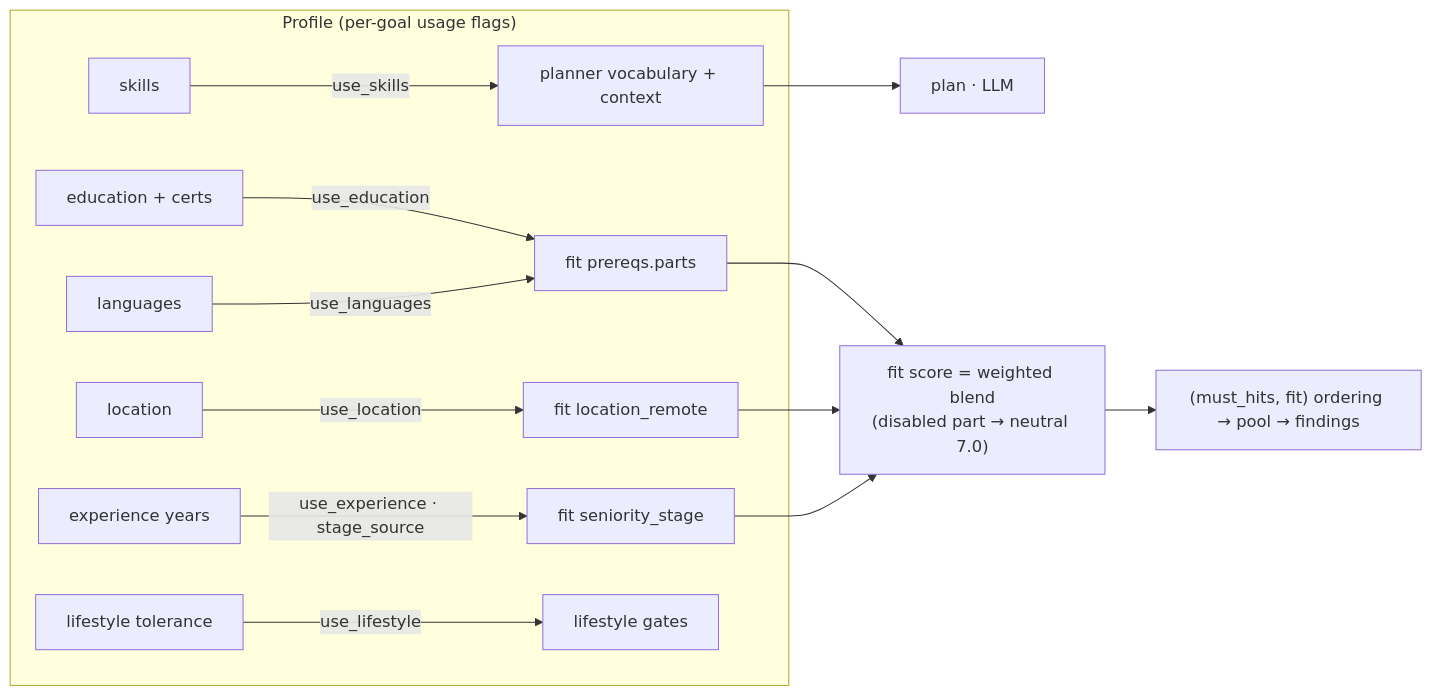
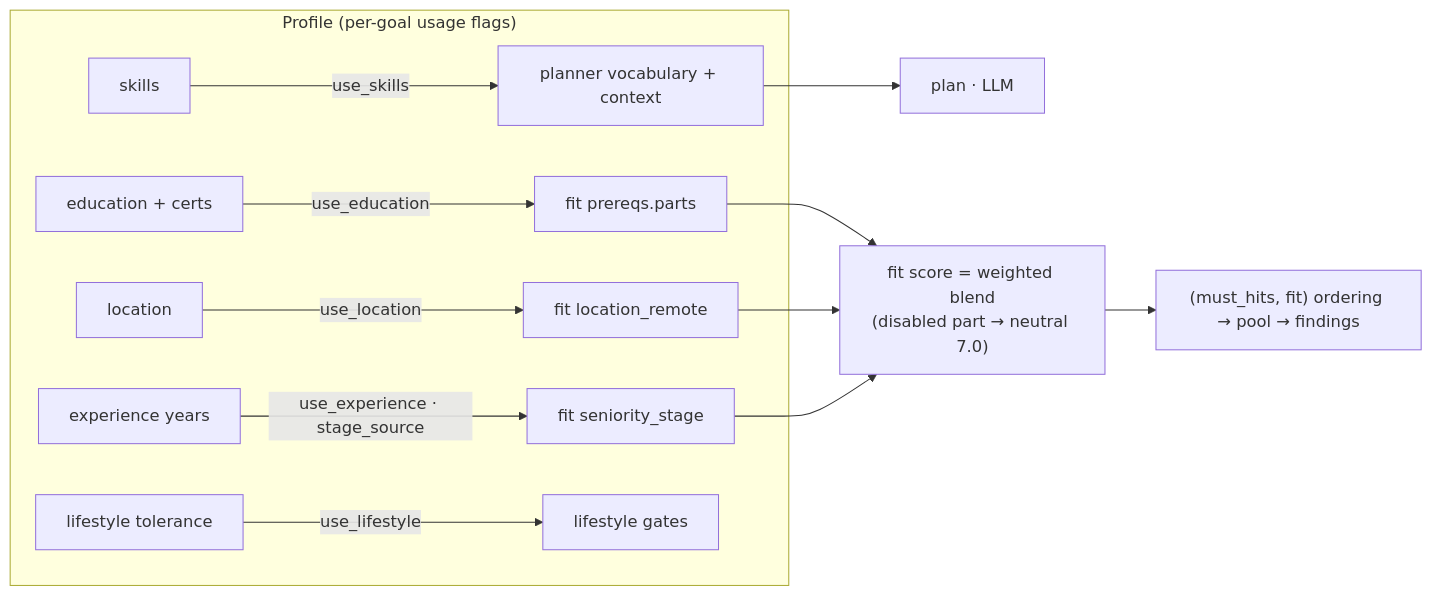
One commit to neuronection/career-assistant changed the third of 8 diagrams in docs/dev/ai-layer.md. Above: the diagram before and after it, drawn with Mermaid. The commit also changed other lines of this file and 569 other files, not shown here.

````diff
--- a/docs/dev/ai-layer.md
+++ b/docs/dev/ai-layer.md
@@ -248,16 +248,15 @@
 ```mermaid
 flowchart LR
     subgraph P["Profile (per-goal usage flags)"]
         SK[skills] -->|use_skills| V[planner vocabulary + context]
         ED[education + certs] -->|use_education| F[fit prereqs.parts]
-        LG[languages] -->|use_languages| F
         LOC[location] -->|use_location| F2[fit location_remote]
         EX[experience years] -->|use_experience · stage_source| F3[fit seniority_stage]
         LS[lifestyle tolerance] -->|use_lifestyle| G[lifestyle gates]
     end
     V --> PLAN[plan · LLM]
     F --> SCORE["fit score = weighted blend<br/>(disabled part → neutral 7.0)"]
     F2 --> SCORE
     F3 --> SCORE
     SCORE --> POOL["(must_hits, fit) ordering → pool → findings"]
 ```
````
